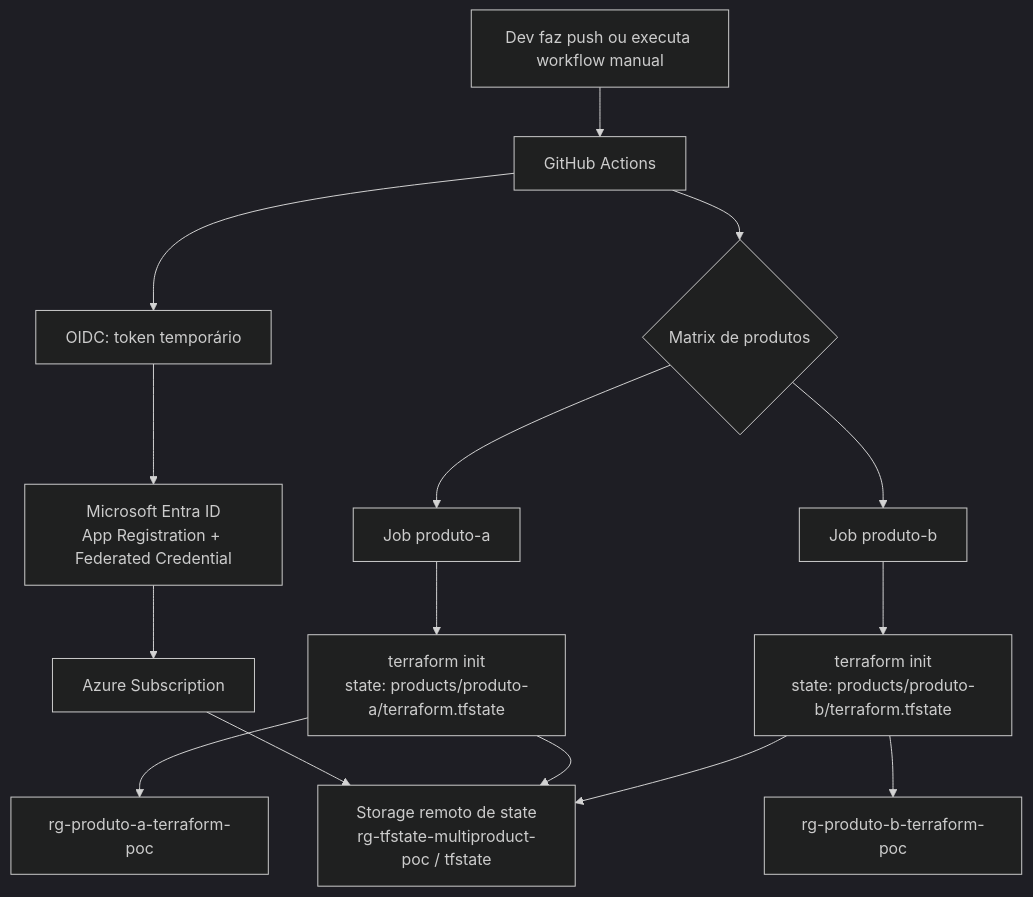
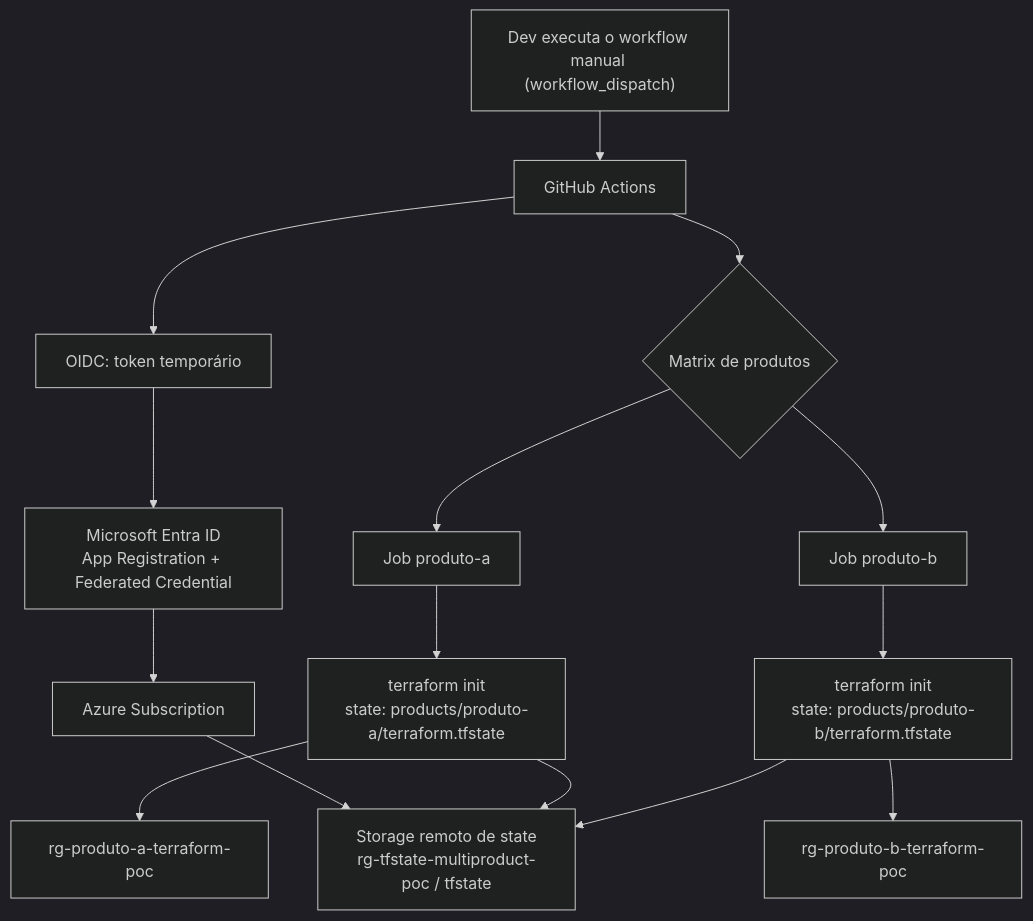
One commit to EdneiMonteiro/multi-product-terraform-github-actions changed the second of 6 diagrams in docs/GUIA_POC.md. Above: the diagram before and after it, drawn with Mermaid (dark theme). The commit also changed other lines of this file and 1 other file, not shown here.

````diff
--- a/docs/GUIA_POC.md
+++ b/docs/GUIA_POC.md
@@ -43,22 +43,22 @@
 ```mermaid
 flowchart TB
-    Dev["Dev faz push ou executa workflow manual"] --> GH["GitHub Actions"]
+    Dev["Dev executa o workflow manual (workflow_dispatch)"] --> GH["GitHub Actions"]
 
     GH --> Matrix{"Matrix de produtos"}
     Matrix --> JobA["Job produto-a"]
     Matrix --> JobB["Job produto-b"]
 
     GH --> OIDC["OIDC: token temporário"]
     OIDC --> Entra["Microsoft Entra ID\nApp Registration + Federated Credential"]
     Entra --> Azure["Azure Subscription"]
 
     JobA --> InitA["terraform init\nstate: products/produto-a/terraform.tfstate"]
     JobB --> InitB["terraform init\nstate: products/produto-b/terraform.tfstate"]
 
     InitA --> RG_A["rg-produto-a-terraform-poc"]
     InitB --> RG_B["rg-produto-b-terraform-poc"]
 
     Azure --> State["Storage remoto de state\nrg-tfstate-multiproduct-poc / tfstate"]
     InitA --> State
     InitB --> State
 ```
````
